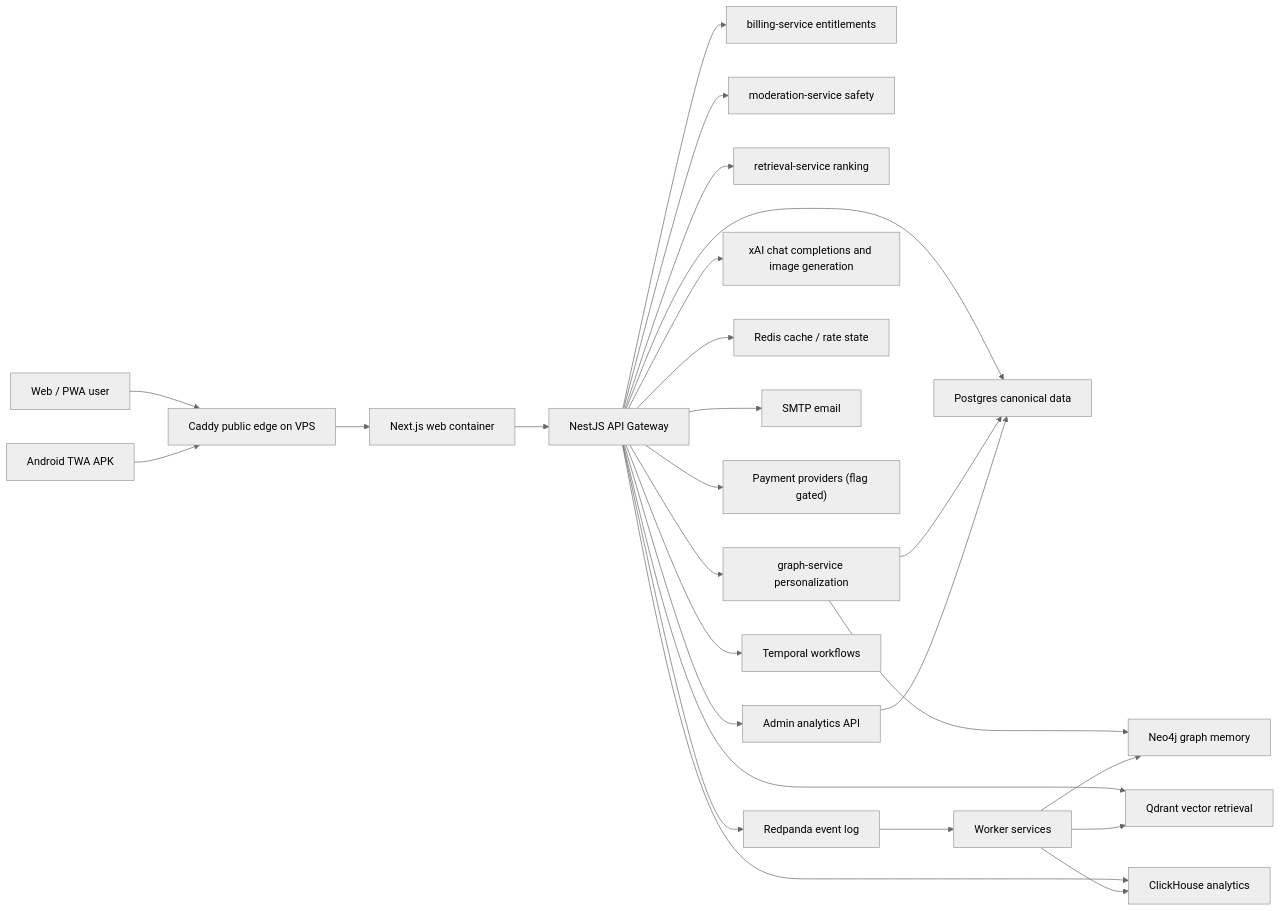
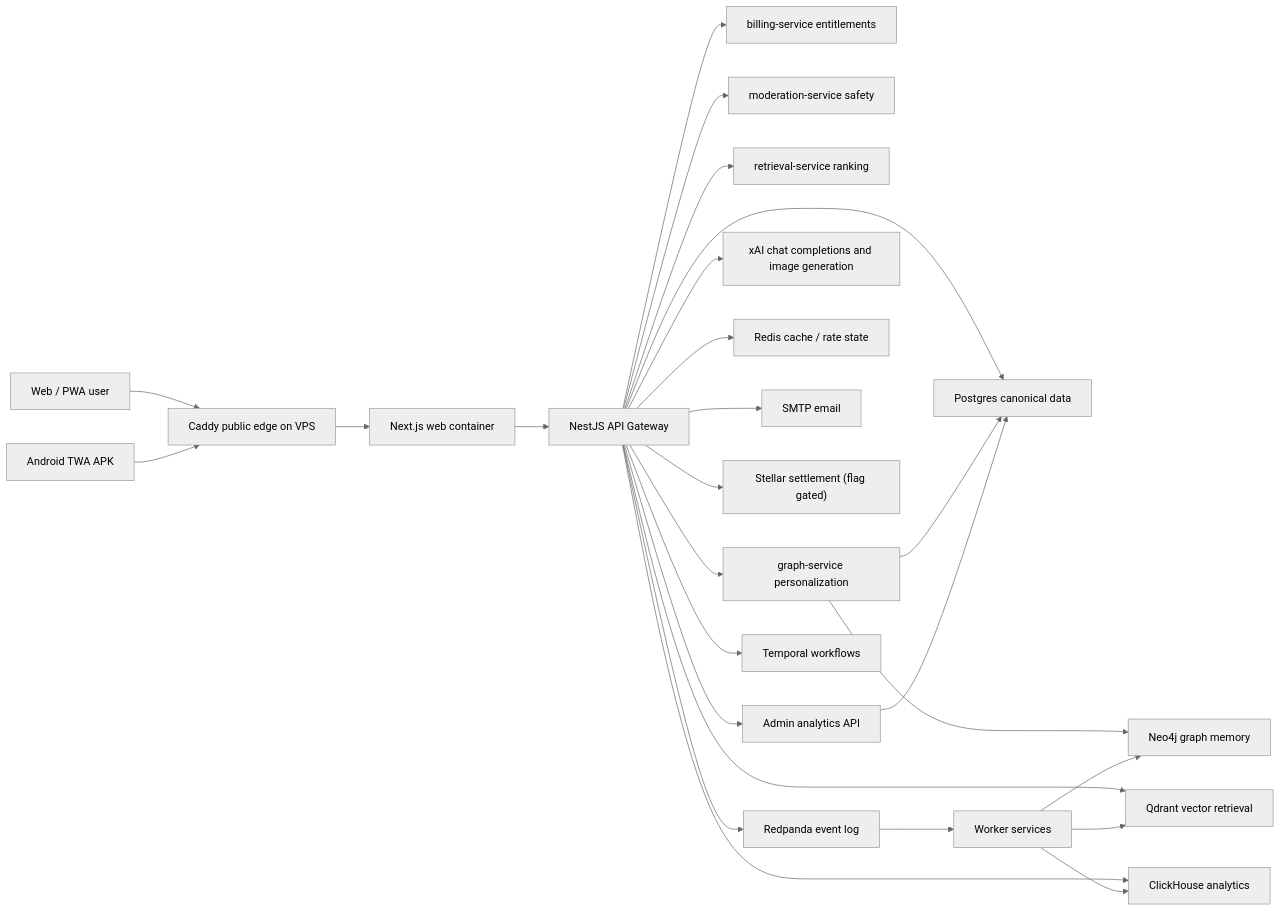
Before and after one commit to Afnanksalal/hana-chat: the first of 4 diagrams in docs/architecture.md, drawn with Mermaid (neutral theme). The commit also changed other lines of this file and 17 other files, not shown here.

````diff
--- a/docs/architecture.md
+++ b/docs/architecture.md
@@ -7,28 +7,28 @@
 ```mermaid
 flowchart LR
   User["Web / PWA user"] --> Caddy["Caddy public edge on VPS"]
   Android["Android TWA APK"] --> Caddy
   Caddy --> Web["Next.js web container"]
   Web --> Gateway["NestJS API Gateway"]
   Gateway --> Postgres["Postgres canonical data"]
   Gateway --> BillingSvc["billing-service entitlements"]
   Gateway --> ModerationSvc["moderation-service safety"]
   Gateway --> RetrievalSvc["retrieval-service ranking"]
   Gateway --> GraphSvc["graph-service personalization"]
   GraphSvc --> Neo4j["Neo4j graph memory"]
   GraphSvc --> Postgres
   Gateway --> Qdrant["Qdrant vector retrieval"]
   Gateway --> Xai["xAI chat completions and image generation"]
   Gateway --> Redis["Redis cache / rate state"]
   Gateway --> Mail["SMTP email"]
-  Gateway --> Payments["Payment providers (flag gated)"]
+  Gateway --> Stellar["Stellar settlement (flag gated)"]
   Gateway --> Redpanda["Redpanda event log"]
   Gateway --> Temporal["Temporal workflows"]
   Gateway --> ClickHouse["ClickHouse analytics"]
   Redpanda --> Workers["Worker services"]
   Workers --> Qdrant
   Workers --> Neo4j
   Workers --> ClickHouse
   Gateway --> Admin["Admin analytics API"]
   Admin --> Postgres
 ```
````
